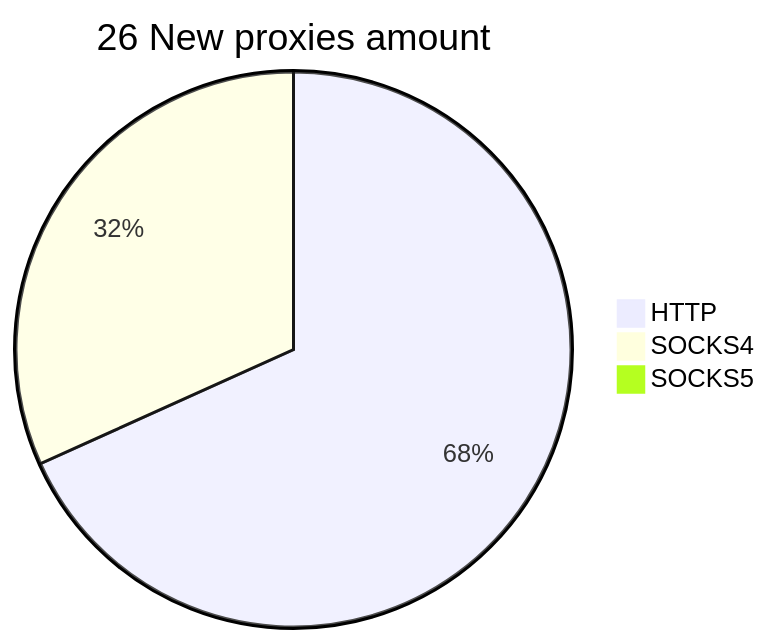
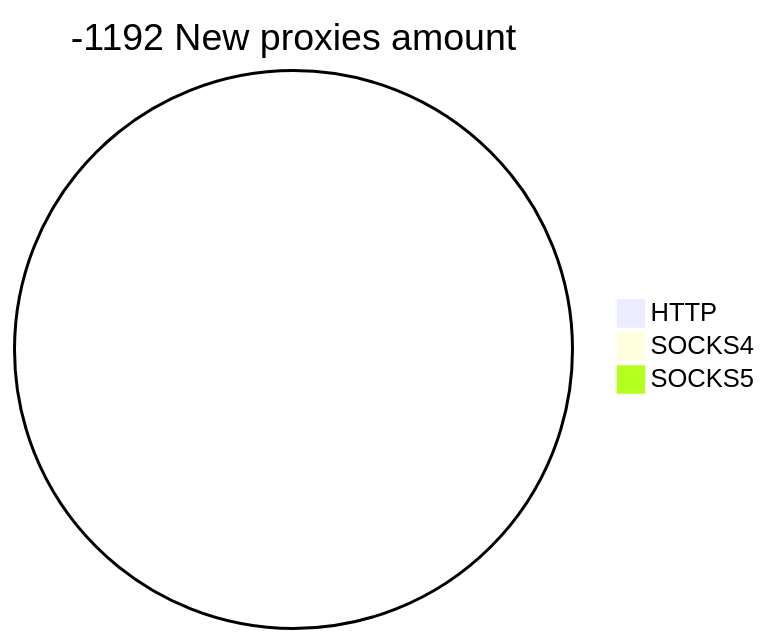
One commit to cutipu/proxylist changed the second of 2 diagrams in README.md. Above: the diagram before and after it, drawn with Mermaid. The commit also changed other lines of this file, not shown here.

````diff
--- a/README.md
+++ b/README.md
@@ -10,6 +10,6 @@
 ```mermaid
-pie title 26 New proxies amount
-    "HTTP" : 43
-    "SOCKS4" : 20
+pie title -1192 New proxies amount
+    "HTTP" : 0
+    "SOCKS4" : 0
     "SOCKS5" : 0
 ```
````
